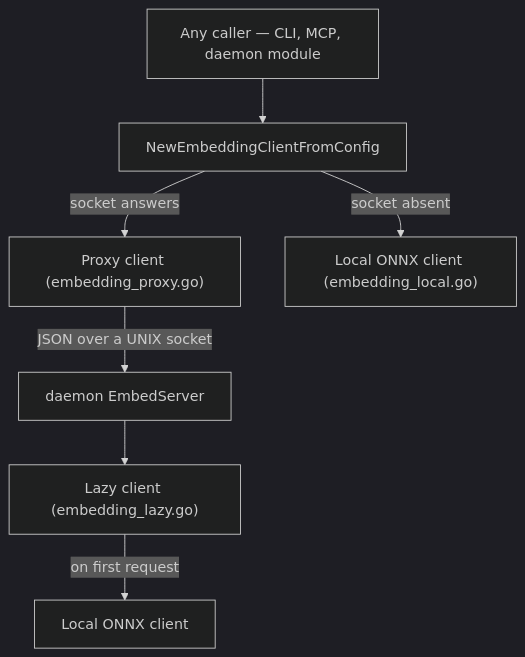
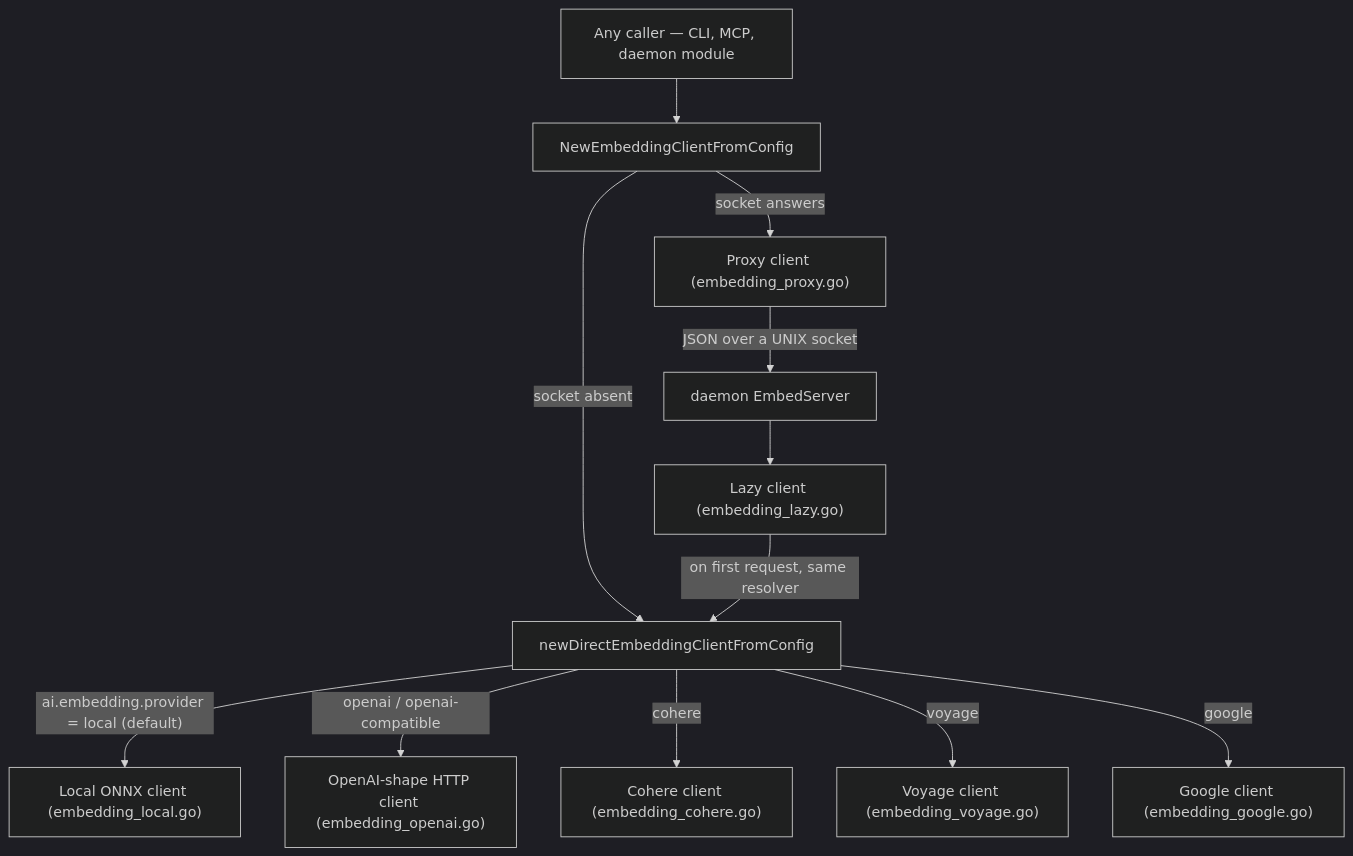
Before and after one commit to graphit-labs/graphit-code: the diagram in docs/specs/ai_engine.md, drawn with Mermaid (dark theme). The commit also changed other lines of this file and 39 other files, not shown here.

````diff
--- a/docs/specs/ai_engine.md
+++ b/docs/specs/ai_engine.md
@@ -117,9 +130,14 @@
 ```mermaid
 graph TD
     Caller["Any caller — CLI, MCP, daemon module"] --> Factory["NewEmbeddingClientFromConfig"]
     Factory -- "socket answers" --> Proxy["Proxy client (embedding_proxy.go)"]
-    Factory -- "socket absent" --> Local["Local ONNX client (embedding_local.go)"]
+    Factory -- "socket absent" --> Direct["newDirectEmbeddingClientFromConfig"]
     Proxy -- "JSON over a UNIX socket" --> Server["daemon EmbedServer"]
     Server --> Lazy["Lazy client (embedding_lazy.go)"]
-    Lazy -- "on first request" --> Local2["Local ONNX client"]
+    Lazy -- "on first request, same resolver" --> Direct
+    Direct -- "ai.embedding.provider = local (default)" --> Local["Local ONNX client (embedding_local.go)"]
+    Direct -- "openai / openai-compatible" --> OpenAI["OpenAI-shape HTTP client (embedding_openai.go)"]
+    Direct -- "cohere" --> Cohere["Cohere client (embedding_cohere.go)"]
+    Direct -- "voyage" --> Voyage["Voyage client (embedding_voyage.go)"]
+    Direct -- "google" --> Google["Google client (embedding_google.go)"]
 ```
````
